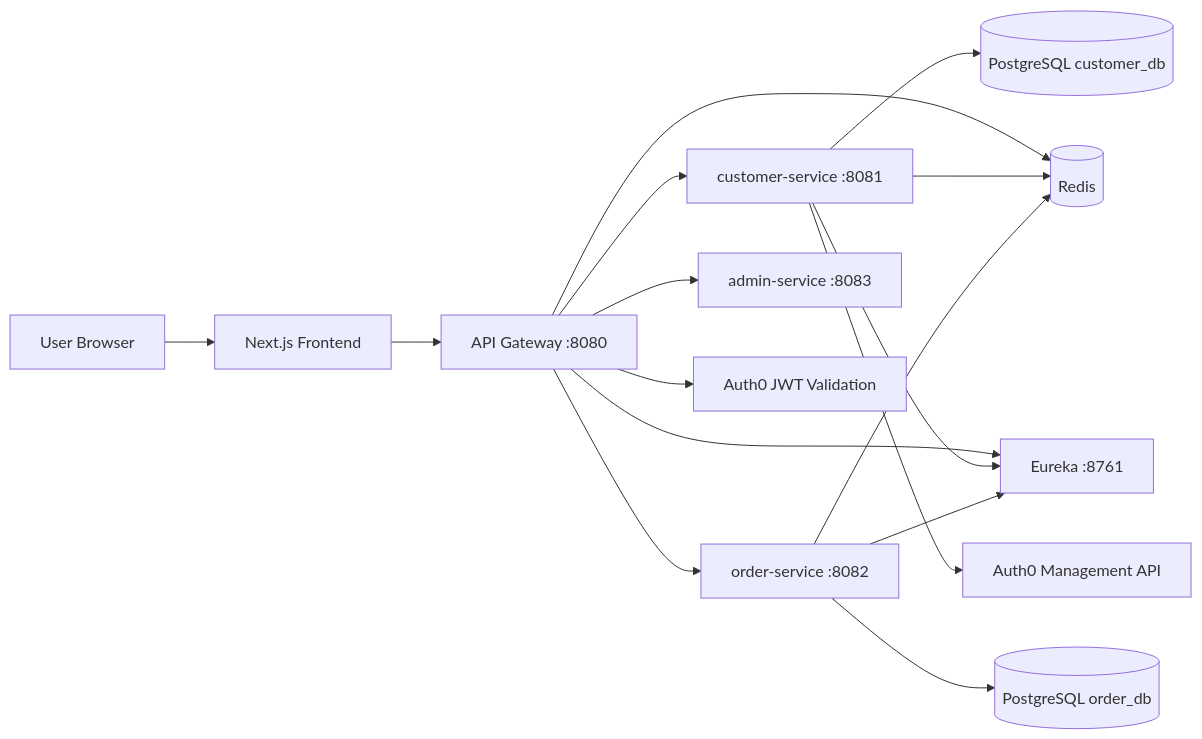
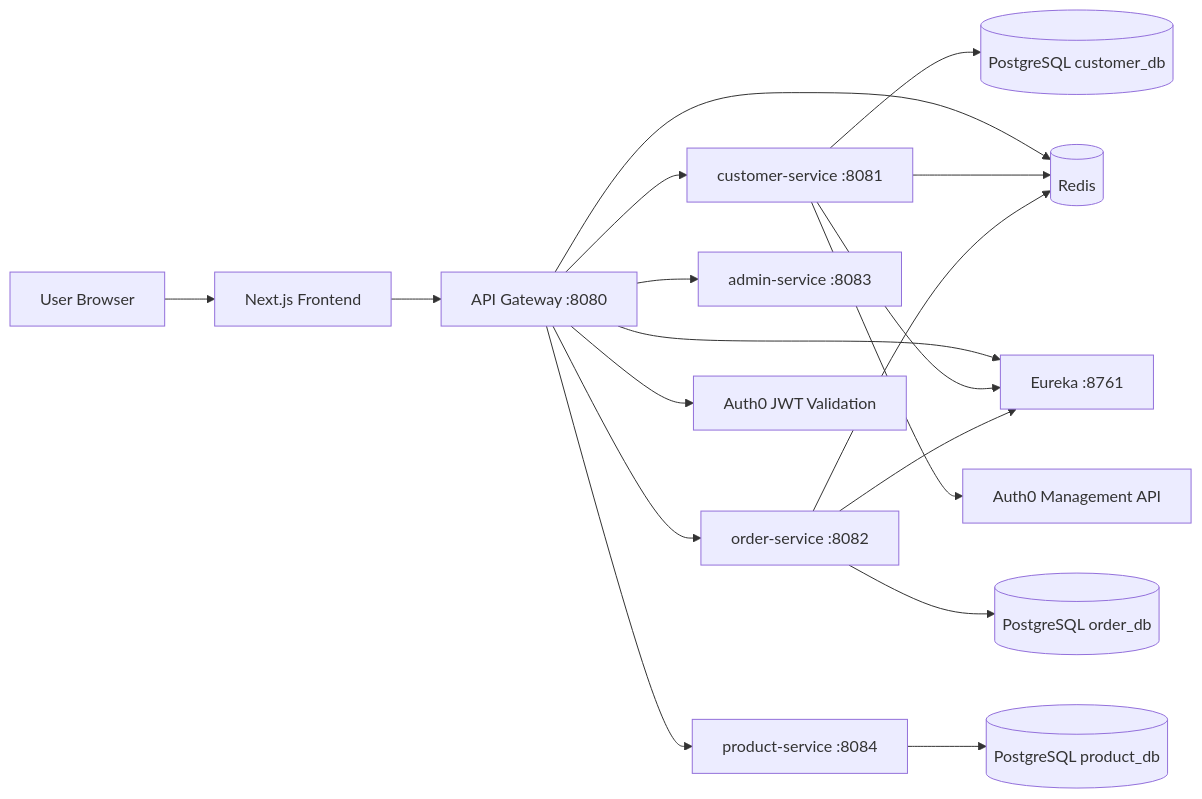
One commit to rumalg123/SpringBoot-Microservice changed the first of 2 diagrams in README.md. Above: the diagram before and after it, drawn with Mermaid. The commit also changed other lines of this file and 57 other files, not shown here.

Commit message:
Added product service

````diff
--- a/README.md
+++ b/README.md
@@ -7,18 +7,20 @@
 ```mermaid
 flowchart LR
     U[User Browser] --> F[Next.js Frontend]
     F --> G[API Gateway :8080]
     G --> C[customer-service :8081]
     G --> O[order-service :8082]
     G --> AD[admin-service :8083]
+    G --> PR[product-service :8084]
     C --> P1[(PostgreSQL customer_db)]
     O --> P2[(PostgreSQL order_db)]
+    PR --> P3[(PostgreSQL product_db)]
     G --> R[(Redis)]
     C --> R
     O --> R
     G --> E[Eureka :8761]
     C --> E
     O --> E
     G --> A[Auth0 JWT Validation]
     C --> A2[Auth0 Management API]
 ```
````
